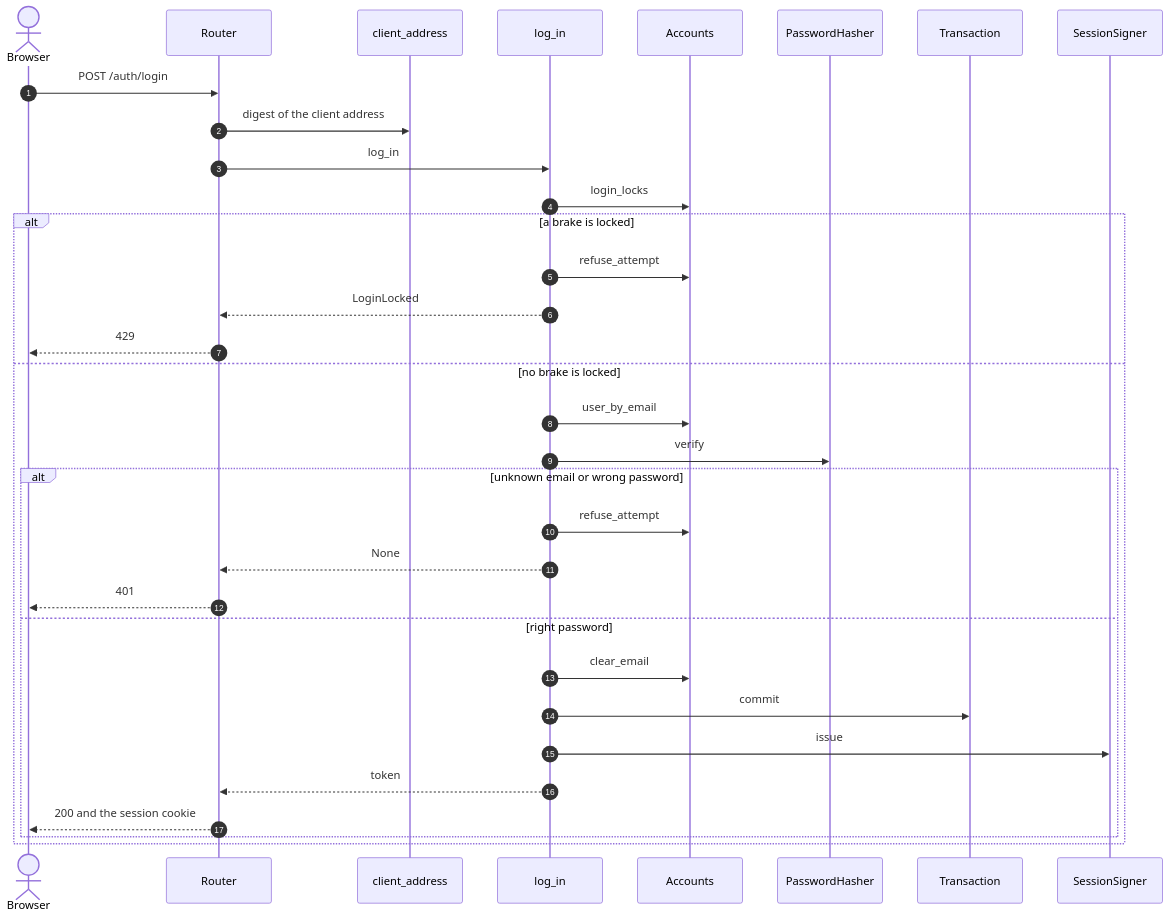
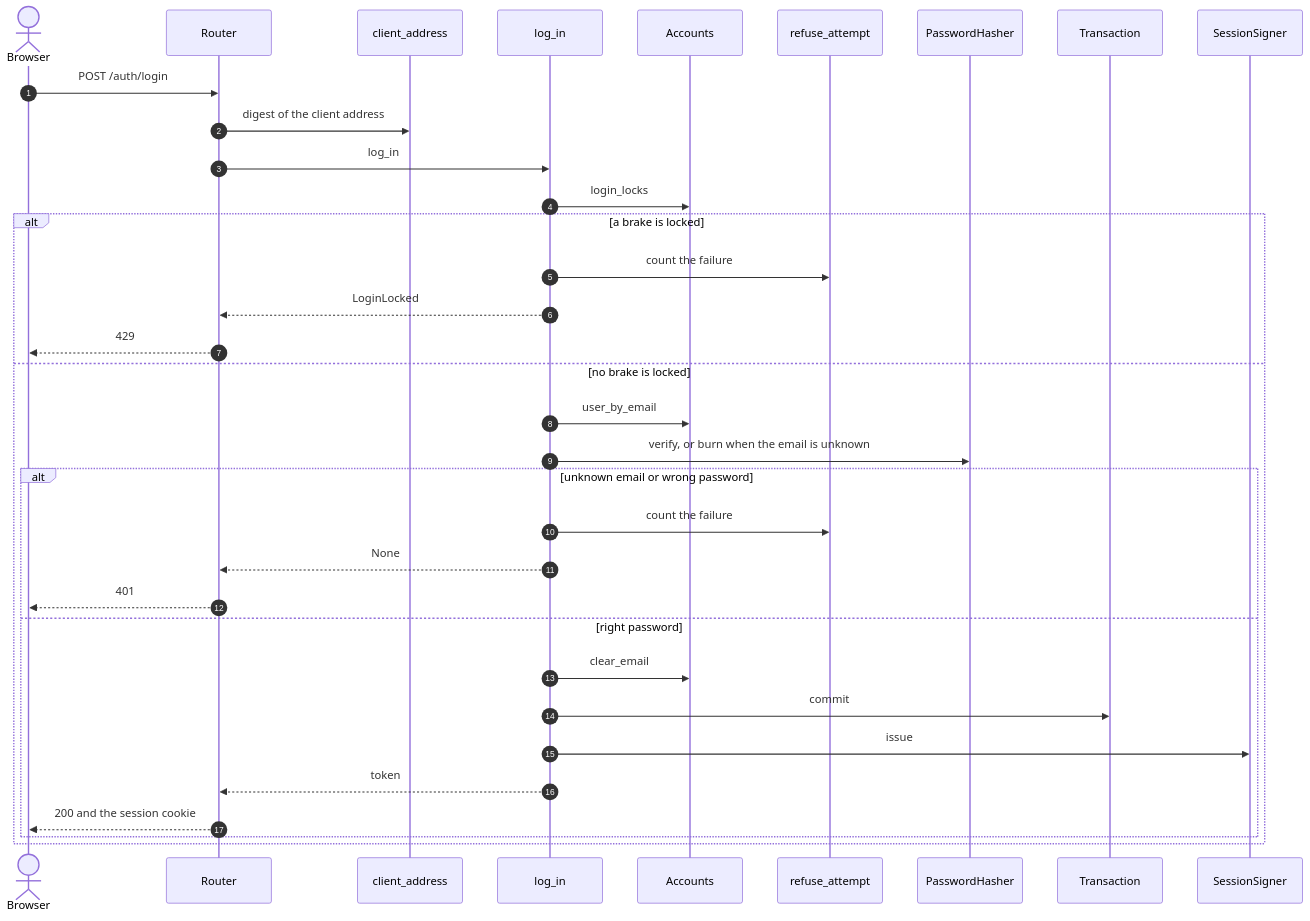
One commit to GonzaloZevallos/apostrophe changed the first of 4 diagrams in docs/architecture/flujos-clave.md. Above: the diagram before and after it, drawn with Mermaid. The commit also changed other lines of this file and 3 other files, not shown here.

Commit message:
Correct the pages to what the code does: stock routes, the import rule, refuse_attempt as a free function, burn on an unknown email, the withdrawal's variety check

````diff
--- a/docs/architecture/flujos-clave.md
+++ b/docs/architecture/flujos-clave.md
@@ -9,35 +9,36 @@
 ```mermaid
 sequenceDiagram
   autonumber
   actor Browser
   participant Router
   participant Address as client_address
   participant UseCase as log_in
   participant Store as Accounts
+  participant Refuse as refuse_attempt
   participant Hasher as PasswordHasher
   participant Tx as Transaction
   participant Signer as SessionSigner
   Browser->>Router: POST /auth/login
   Router->>Address: digest of the client address
   Router->>UseCase: log_in
   UseCase->>Store: login_locks
   alt a brake is locked
-    UseCase->>Store: refuse_attempt
+    UseCase->>Refuse: count the failure
     UseCase-->>Router: LoginLocked
     Router-->>Browser: 429
   else no brake is locked
     UseCase->>Store: user_by_email
-    UseCase->>Hasher: verify
+    UseCase->>Hasher: verify, or burn when the email is unknown
     alt unknown email or wrong password
-      UseCase->>Store: refuse_attempt
+      UseCase->>Refuse: count the failure
       UseCase-->>Router: None
       Router-->>Browser: 401
     else right password
       UseCase->>Store: clear_email
       UseCase->>Tx: commit
       UseCase->>Signer: issue
       UseCase-->>Router: token
       Router-->>Browser: 200 and the session cookie
     end
   end
 ```
````
